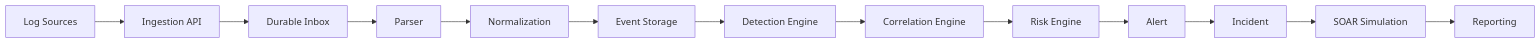
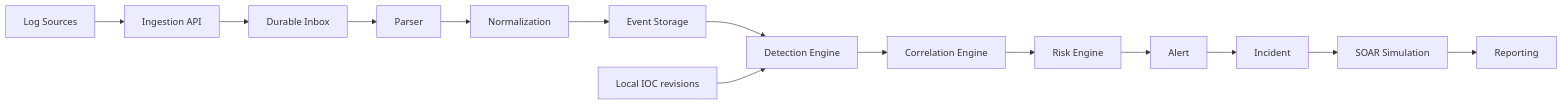
The diagram in README.md (Pawel123j/Aegis-SOC-Command-Center), drawn with Mermaid before and after one commit. The commit also changed other lines of this file and 84 other files, not shown here.

Commit message:
feat: add local threat intelligence and IOC matching

````diff
--- a/README.md
+++ b/README.md
@@ -80,15 +90,16 @@
 ```mermaid
 flowchart LR
     Sources[Log Sources] --> API[Ingestion API]
     API --> Inbox[Durable Inbox]
     Inbox --> Parser[Parser]
     Parser --> Normalize[Normalization]
     Normalize --> Storage[Event Storage]
     Storage --> Detection[Detection Engine]
+    IOC[Local IOC revisions] --> Detection
     Detection --> Correlation[Correlation Engine]
     Correlation --> Risk[Risk Engine]
     Risk --> Alert[Alert]
     Alert --> Incident[Incident]
     Incident --> SOAR[SOAR Simulation]
     SOAR --> Report[Reporting]
 ```
````
